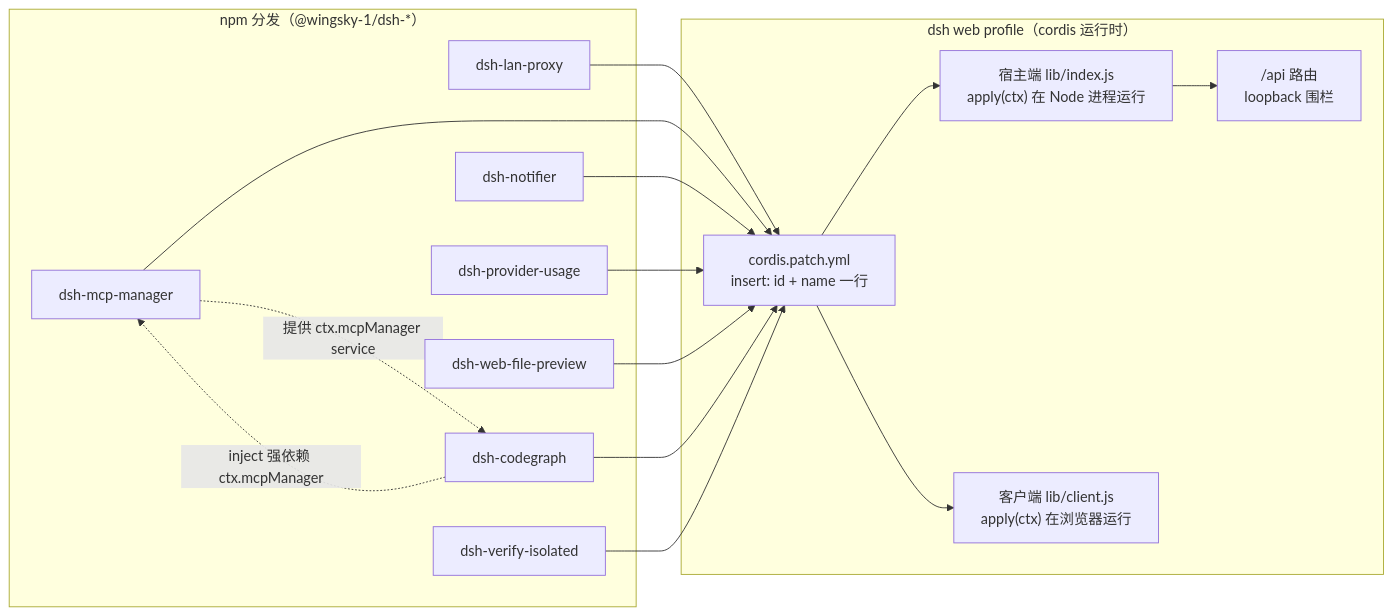
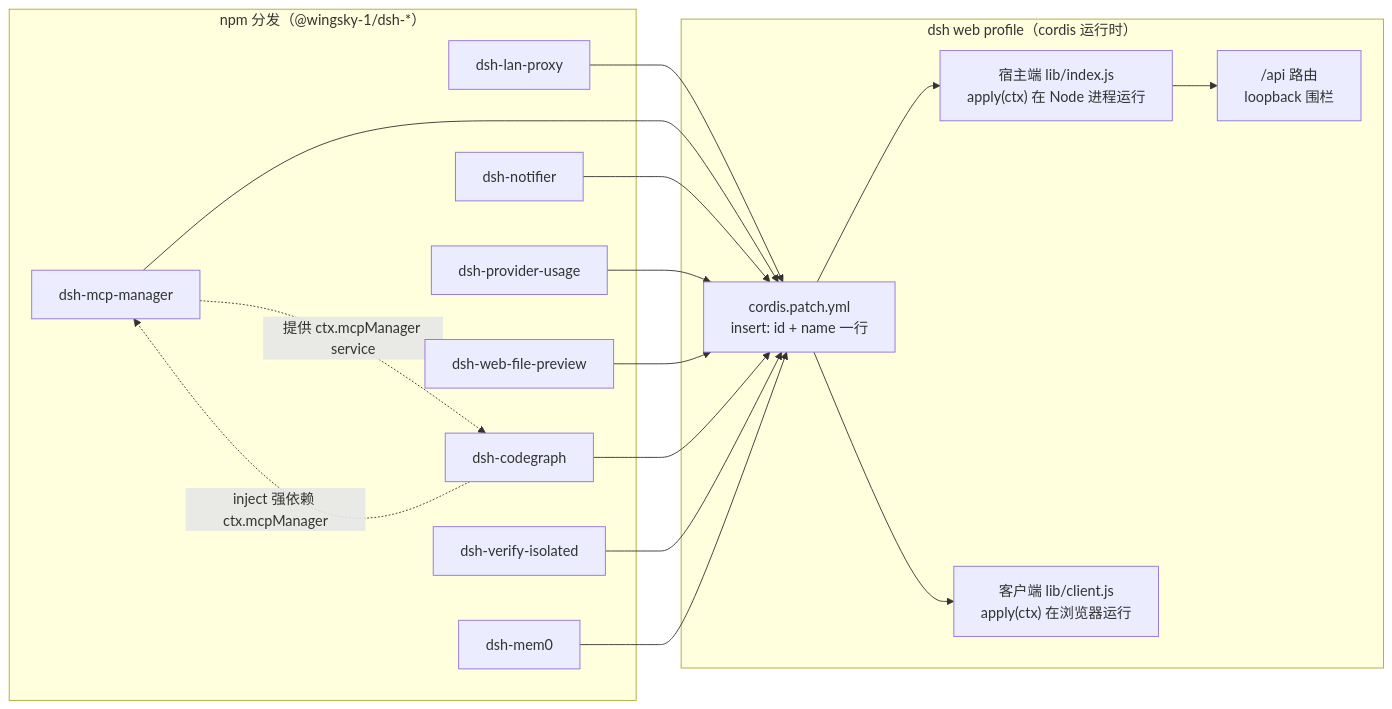
One commit to wingsky-1/dsh-plugin-hub changed the diagram in docs/architecture/README.md. Above: the diagram before and after it, drawn with Mermaid. The commit also changed other lines of this file and 2 other files, not shown here.

Commit message:
docs: Add dsh-mem0 to plugin list and architecture diagram
- Added `@wingsky-1/dsh-mem0` to the plugin list tables in `README.md` and `README.en.md`.
- Updated standalone bundle package notes to include `dsh-mem0`.
- Removed outdated note mentioning that `dsh-memory` was planned.
- Updated `docs/architecture/README.md` to include `dsh-mem0` in the plugin index table and Mermaid flowchart.

````diff
--- a/docs/architecture/README.md
+++ b/docs/architecture/README.md
@@ -33,33 +34,35 @@
 ```mermaid
 flowchart LR
     subgraph npm["npm 分发（@wingsky-1/dsh-*）"]
         P1["dsh-lan-proxy"]
         P2["dsh-mcp-manager"]
         P3["dsh-notifier"]
         P4["dsh-provider-usage"]
         P5["dsh-web-file-preview"]
         P6["dsh-codegraph"]
         P7["dsh-verify-isolated"]
+        P8["dsh-mem0"]
     end
 
     subgraph profile["dsh web profile（cordis 运行时）"]
         CORDIS["cordis.patch.yml<br/>insert: id + name 一行"]
         HOST["宿主端 lib/index.js<br/>apply(ctx) 在 Node 进程运行"]
         CLIENT["客户端 lib/client.js<br/>apply(ctx) 在浏览器运行"]
         ROUTES["/api 路由<br/>loopback 围栏"]
         CORDIS --> HOST
         CORDIS --> CLIENT
         HOST --> ROUTES
     end
 
     P1 --> CORDIS
     P2 --> CORDIS
     P3 --> CORDIS
     P4 --> CORDIS
     P5 --> CORDIS
     P6 --> CORDIS
     P7 --> CORDIS
+    P8 --> CORDIS
 
     P6 -. "inject 强依赖 ctx.mcpManager" .-> P2
     P2 -. "提供 ctx.mcpManager service" .-> P6
 ```
````
